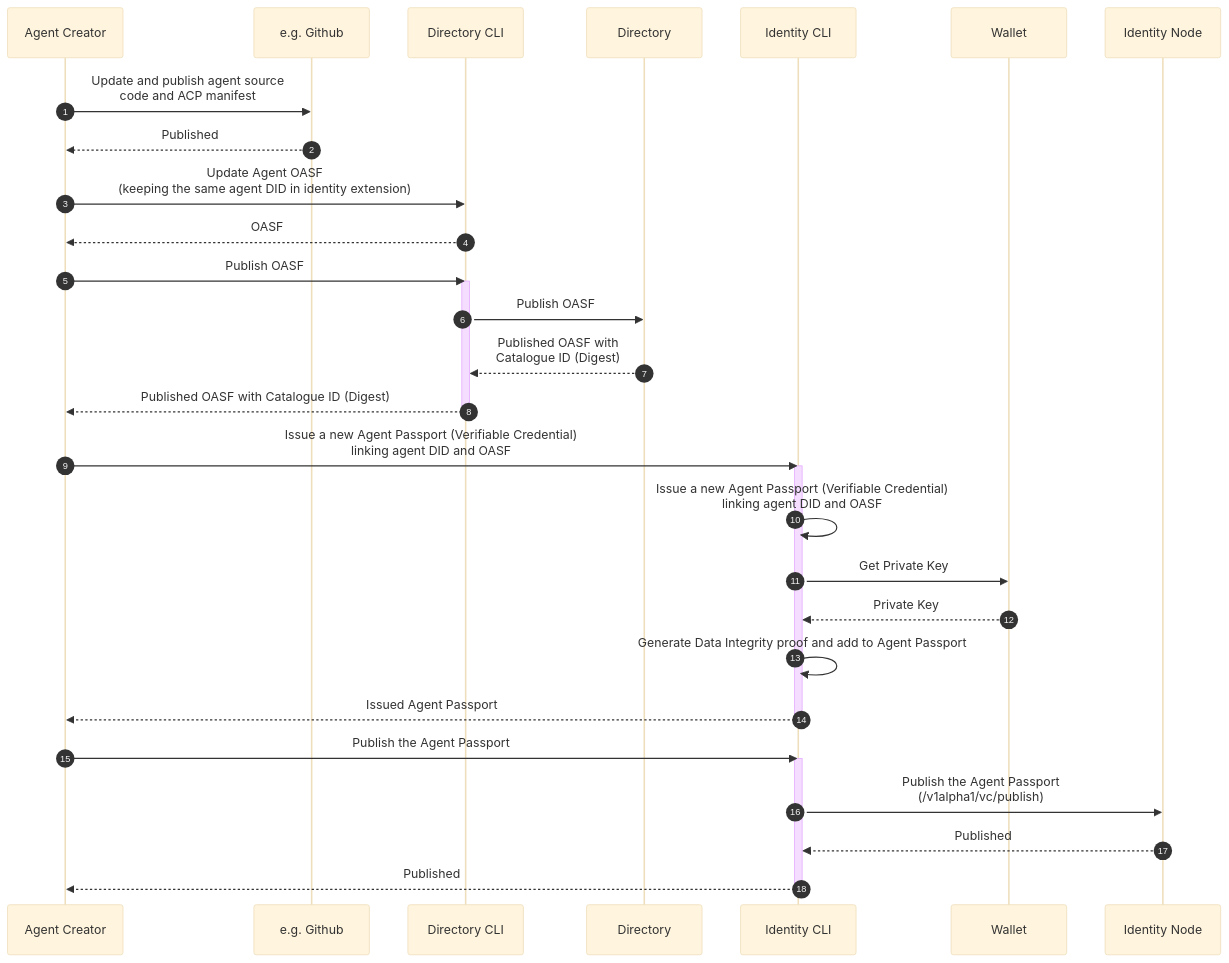
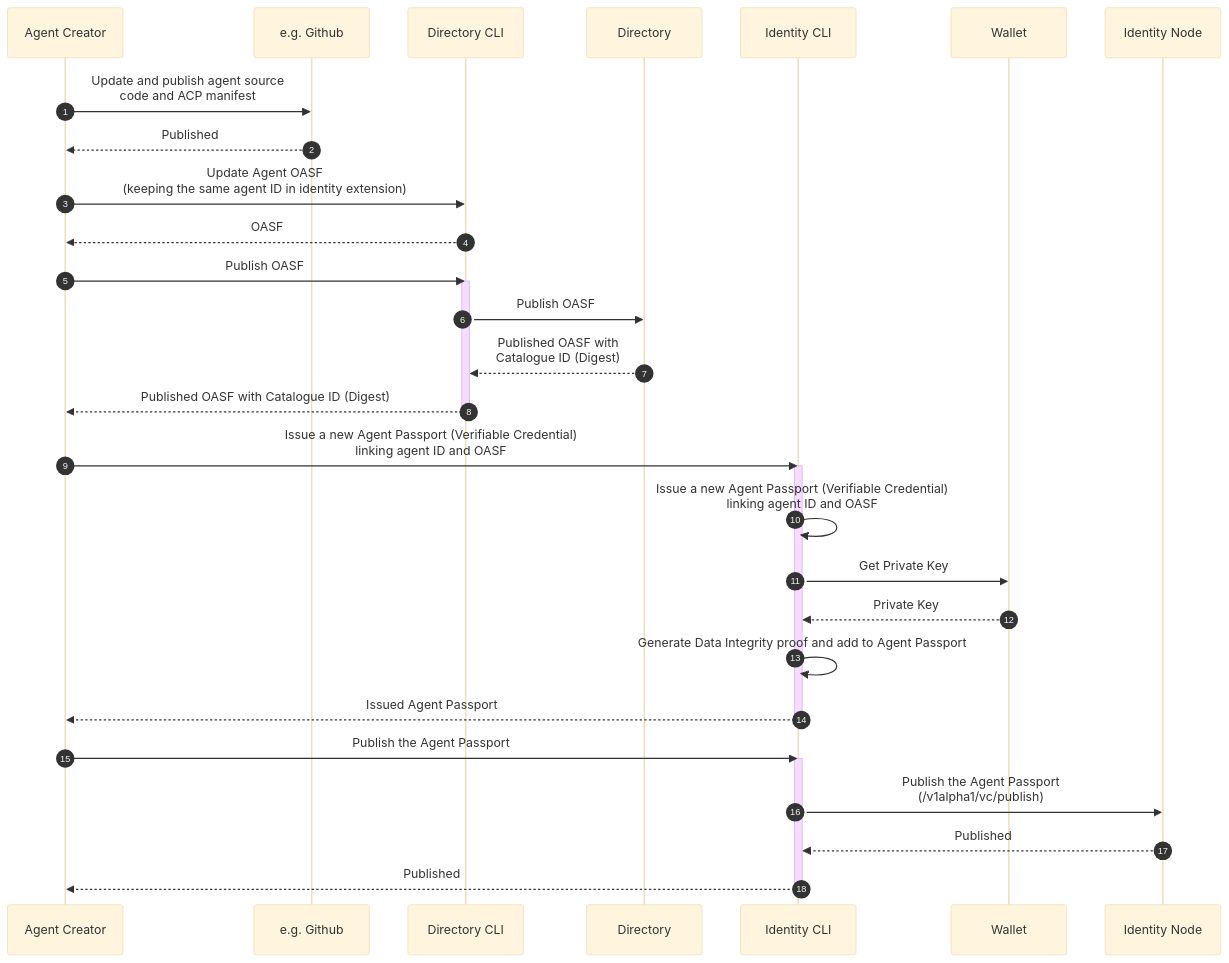
One commit to agntcy/identity-spec changed the second of 4 diagrams in docs-src/docs/specs/flows/agntcy.md. Above: the diagram before and after it, drawn with Mermaid (base theme). The commit also changed other lines of this file and 7 other files, not shown here.

````diff
--- a/docs-src/docs/specs/flows/agntcy.md
+++ b/docs-src/docs/specs/flows/agntcy.md
@@ -64,38 +64,38 @@
 ```mermaid
 sequenceDiagram
 autonumber
 
 % Update an existing agent
 Agent Creator->>e.g. Github: Update and publish agent source<br/>code and ACP manifest
 e.g. Github-->>Agent Creator: Published
 
 % Update the agent's OASF
-Agent Creator->>Directory CLI: Update Agent OASF<br/>(keeping the same agent DID in identity extension)
+Agent Creator->>Directory CLI: Update Agent OASF<br/>(keeping the same agent ID in identity extension)
 Directory CLI-->>Agent Creator: OASF
 
 % Publish agent OASF
 Agent Creator->>Directory CLI: Publish OASF
 activate Directory CLI
 Directory CLI->>Directory: Publish OASF
 Directory-->>Directory CLI: Published OASF with<br/>Catalogue ID (Digest)
 Directory CLI-->>Agent Creator: Published OASF with Catalogue ID (Digest)
 deactivate Directory CLI
 
-% Create a new Verifiable Credential linking agent DID + OASF
-Agent Creator->>Identity CLI: Issue a new Agent Passport (Verifiable Credential)<br/>linking agent DID and OASF
+% Create a new Verifiable Credential linking agent ID + OASF
+Agent Creator->>Identity CLI: Issue a new Agent Passport (Verifiable Credential)<br/>linking agent ID and OASF
 activate Identity CLI
-Identity CLI->>Identity CLI: Issue a new Agent Passport (Verifiable Credential)<br/>linking agent DID and OASF
+Identity CLI->>Identity CLI: Issue a new Agent Passport (Verifiable Credential)<br/>linking agent ID and OASF
 Identity CLI->>Wallet: Get Private Key
 Wallet-->>Identity CLI: Private Key
 Identity CLI->>Identity CLI: Generate Data Integrity proof and add to Agent Passport
 Identity CLI-->>Agent Creator: Issued Agent Passport
 deactivate Identity CLI
 
 % Publish the Verifiable Credential
 Agent Creator->>Identity CLI: Publish the Agent Passport
 activate Identity CLI
 Identity CLI->>Identity Node: Publish the Agent Passport<br/>(/v1alpha1/vc/publish)
 Identity Node-->>Identity CLI: Published
 Identity CLI-->>Agent Creator: Published
 deactivate Identity CLI
 ```
````
